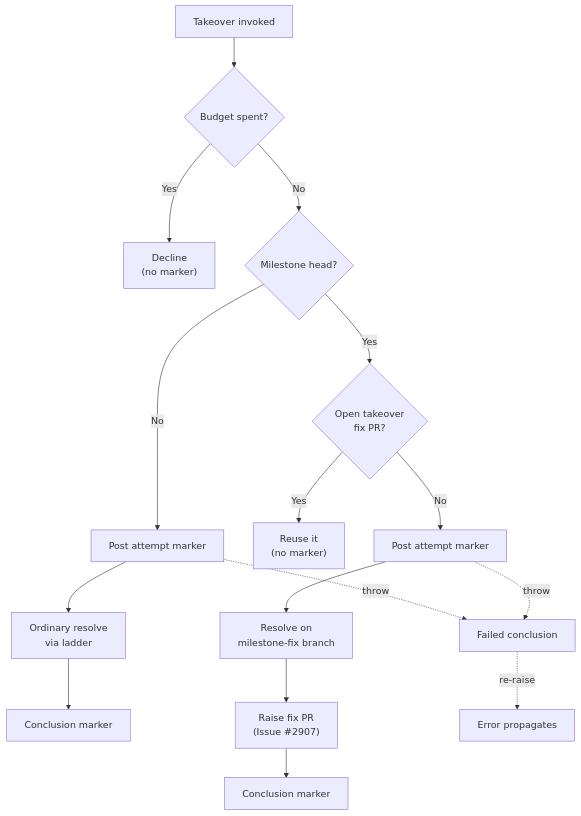
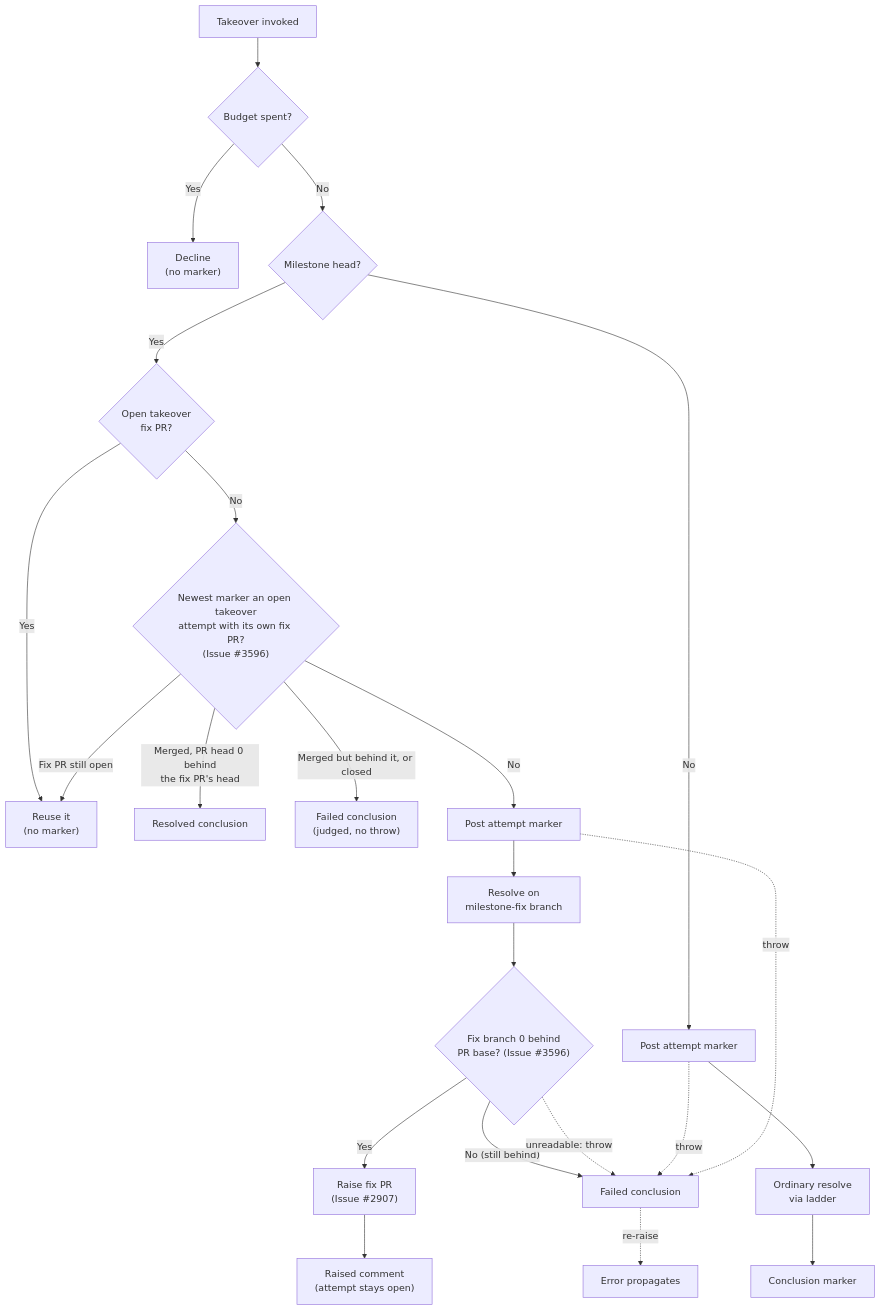
Before and after one commit to stSoftwareAU/VibeCoder: the fourth of 9 diagrams in docs/workflows/merge-conflicts.md, drawn with Mermaid. The commit also changed other lines of this file and 25 other files, not shown here.

````diff
--- a/docs/workflows/merge-conflicts.md
+++ b/docs/workflows/merge-conflicts.md
@@ -560,18 +615,25 @@
 ```mermaid
 flowchart TD
     A[Takeover invoked] --> B{"Budget spent?"}
     B -- "Yes" --> C["Decline<br/>(no marker)"]
     B -- "No" --> D{"Milestone head?"}
     D -- "No" --> E[Post attempt marker]
     E --> F[Ordinary resolve<br/>via ladder]
     F --> G[Conclusion marker]
     D -- "Yes" --> H{"Open takeover<br/>fix PR?"}
     H -- "Yes" --> I["Reuse it<br/>(no marker)"]
-    H -- "No" --> J[Post attempt marker]
+    H -- "No" --> P{"Newest marker an open takeover<br/>attempt with its own fix PR?<br/>(Issue #3596)"}
+    P -- "Merged, PR head 0 behind<br/>the fix PR's head" --> R["Resolved conclusion"]
+    P -- "Merged but behind it, or closed" --> PF["Failed conclusion<br/>(judged, no throw)"]
+    P -- "Fix PR still open" --> I
+    P -- "No" --> J[Post attempt marker]
     J --> K[Resolve on<br/>milestone-fix branch]
-    K --> L["Raise fix PR<br/>(Issue #2907)"]
-    L --> M[Conclusion marker]
+    K --> Q{"Fix branch 0 behind<br/>PR base? (Issue #3596)"}
+    Q -- "No (still behind)" --> N
+    Q -. "unreadable: throw" .-> N
+    Q -- "Yes" --> L["Raise fix PR<br/>(Issue #2907)"]
+    L --> M["Raised comment<br/>(attempt stays open)"]
     E -. "throw" .-> N["Failed conclusion"]
     N -. "re-raise" .-> O[Error propagates]
     J -. "throw" .-> N
 ```
````
